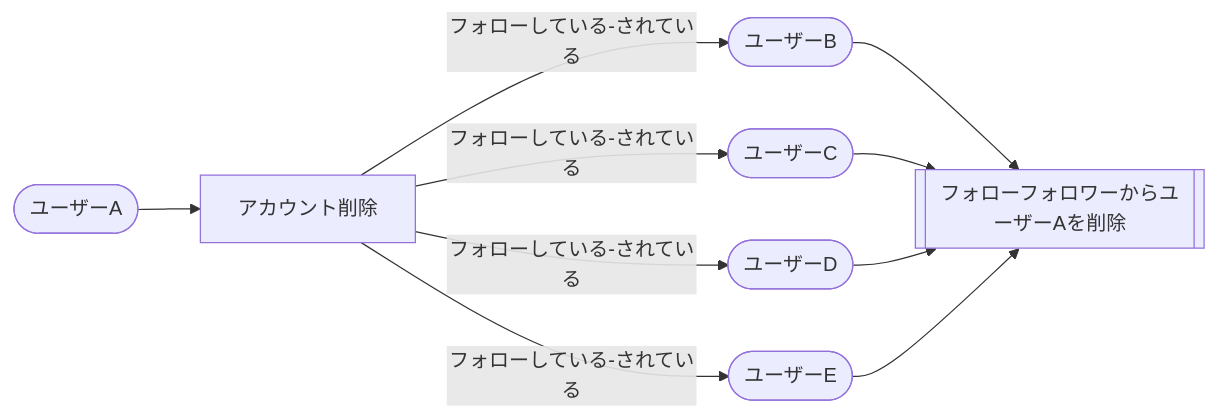
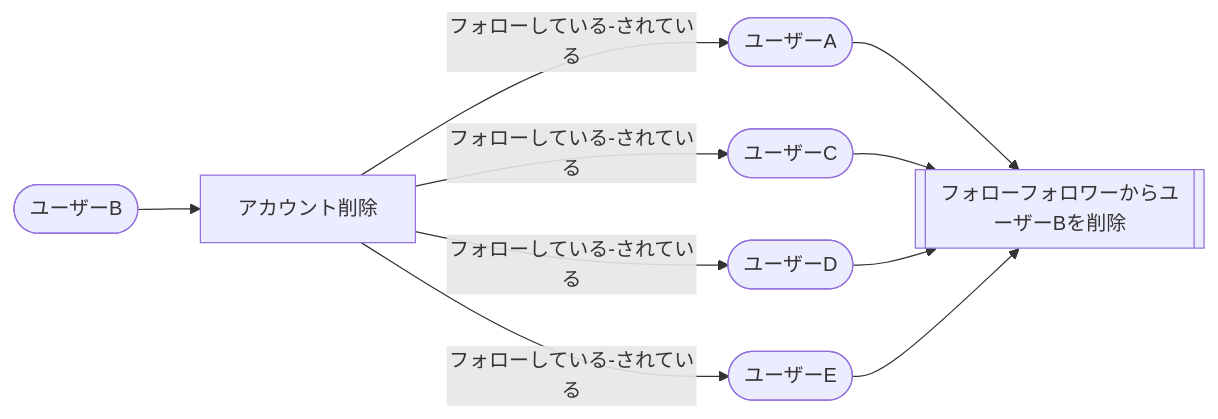
The seventh of 8 diagrams in README.md (AkihitoNakano/Portfolio-Paiku575), drawn with Mermaid before and after one commit. The commit also changed other lines of this file, not shown here.

````diff
--- a/README.md
+++ b/README.md
@@ -645,9 +629,9 @@
 ```mermaid
 flowchart LR
-userA([ユーザーA]) --> delete[アカウント削除]
-delete -->|フォローしている-されている| userB([ユーザーB]) --> delFollow
+userA([ユーザーB]) --> delete[アカウント削除]
+delete -->|フォローしている-されている| userB([ユーザーA]) --> delFollow
 delete --> |フォローしている-されている| userC([ユーザーC])--> delFollow
 delete --> |フォローしている-されている| userD([ユーザーD])--> delFollow
-delete --> |フォローしている-されている| userE([ユーザーE])--> delFollow[[フォローフォロワーからユーザーAを削除]]
+delete --> |フォローしている-されている| userE([ユーザーE])--> delFollow[[フォローフォロワーからユーザーBを削除]]
 
 ```
````
